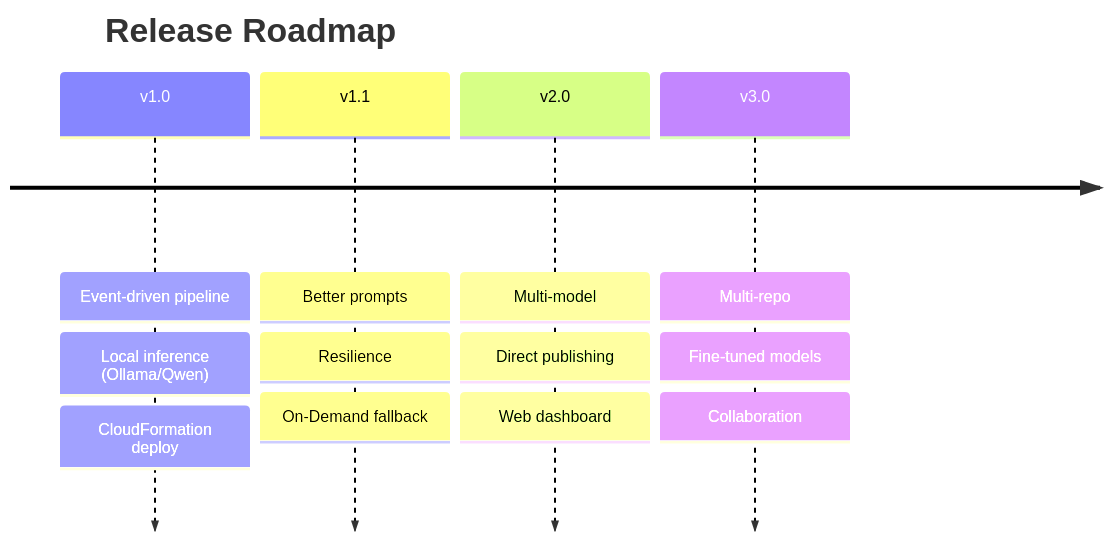
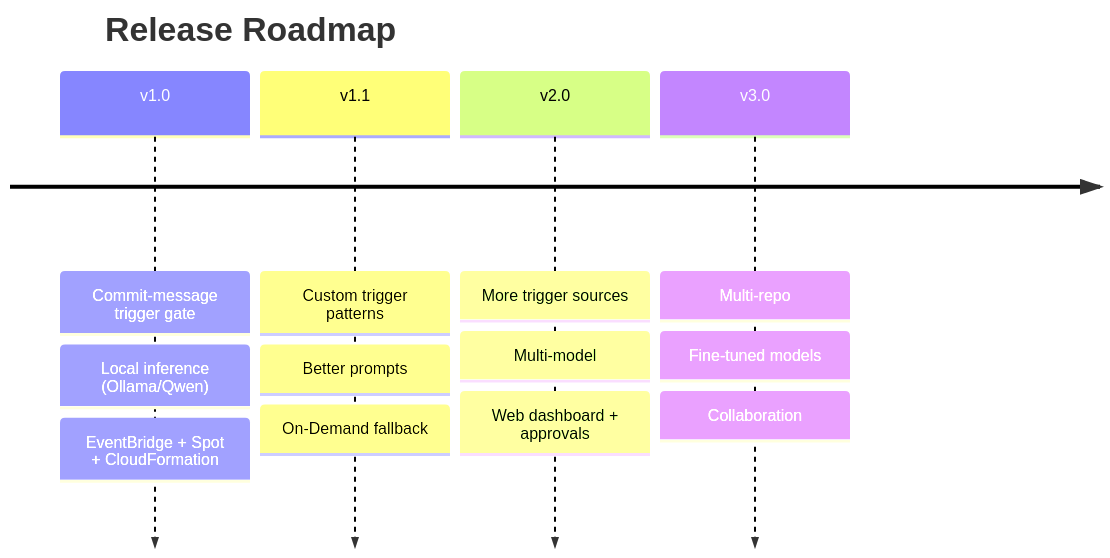
One commit to teddynted/ai-github-repository-blog-generator changed the diagram in docs/roadmap.md. Above: the diagram before and after it, drawn with Mermaid. The commit also changed other lines of this file and 12 other files, not shown here.

````diff
--- a/docs/roadmap.md
+++ b/docs/roadmap.md
@@ -7,8 +7,8 @@
 ```mermaid
 timeline
     title Release Roadmap
-    v1.0 : Event-driven pipeline : Local inference (Ollama/Qwen) : CloudFormation deploy
-    v1.1 : Better prompts : Resilience : On-Demand fallback
-    v2.0 : Multi-model : Direct publishing : Web dashboard
+    v1.0 : Commit-message trigger gate : Local inference (Ollama/Qwen) : EventBridge + Spot + CloudFormation
+    v1.1 : Custom trigger patterns : Better prompts : On-Demand fallback
+    v2.0 : More trigger sources : Multi-model : Web dashboard + approvals
     v3.0 : Multi-repo : Fine-tuned models : Collaboration
 ```
````
